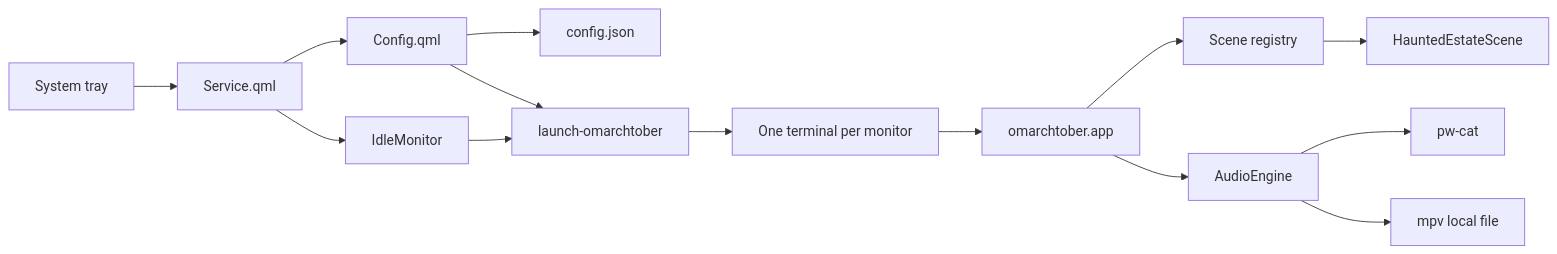
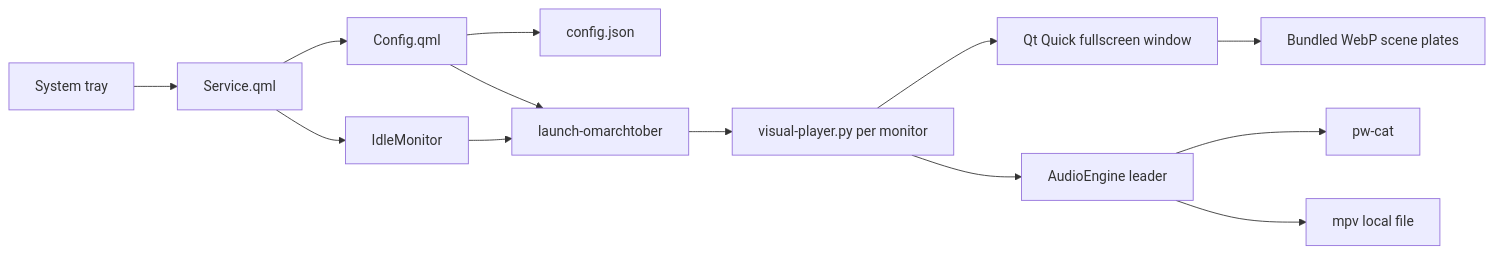
One commit to DailenG/omarchtober changed the diagram in docs/ARCHITECTURE.md. Above: the diagram before and after it, drawn with Mermaid. The commit also changed other lines of this file and 37 other files, not shown here.

First line of the commit message:
Replace terminal nightscape with illustrated visual collection

````diff
--- a/docs/ARCHITECTURE.md
+++ b/docs/ARCHITECTURE.md
@@ -5,16 +5,15 @@
 ```mermaid
 flowchart LR
   Tray[System tray] --> Service[Service.qml]
   Service --> Config[Config.qml]
   Config --> JSON[config.json]
   Service --> Idle[IdleMonitor]
   Idle --> Launcher[launch-omarchtober]
   Config --> Launcher
-  Launcher --> Terminals[One terminal per monitor]
-  Terminals --> App[omarchtober.app]
-  App --> Registry[Scene registry]
-  Registry --> Estate[HauntedEstateScene]
-  App --> Audio[AudioEngine]
+  Launcher --> Player[visual-player.py per monitor]
+  Player --> QML[Qt Quick fullscreen window]
+  QML --> Assets[Bundled WebP scene plates]
+  Player --> Audio[AudioEngine leader]
   Audio --> PipeWire[pw-cat]
   Audio --> Media[mpv local file]
 ```
````
